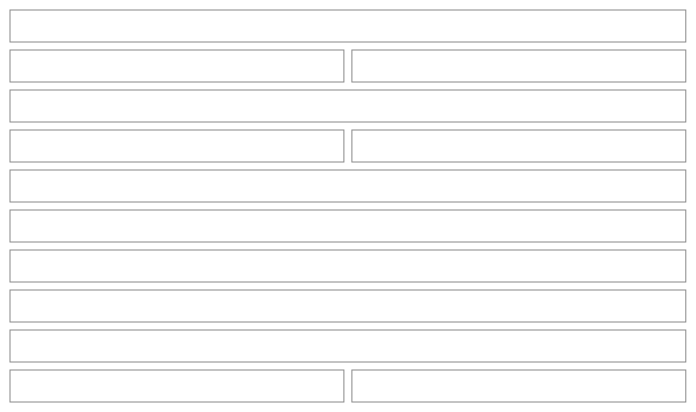
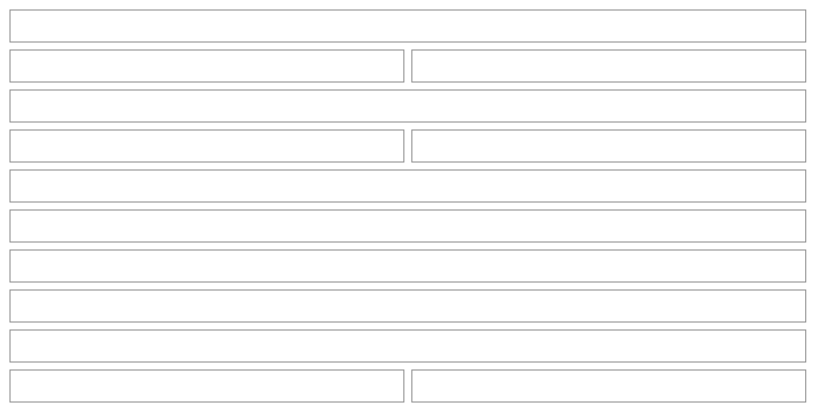
Before and after one commit to NovaMoonX/moondreams-dev-apps: diagram 32 of 57 in src/apps/pinch/UX.md, drawn with Mermaid. The commit also changed other lines of this file and 4 other files, not shown here.

````diff
--- a/src/apps/pinch/UX.md
+++ b/src/apps/pinch/UX.md
@@ -1084,31 +1084,31 @@
 ```mermaid
 %%{init: {'theme': 'base', 'themeVariables': {'primaryColor': 'transparent', 'primaryBorderColor': '#888888', 'primaryTextColor': '#333333', 'lineColor': '#888888'}}}%%
 block-beta
   columns 2
   K1["‹ Adobo chicken & 1 more                🎙 (only where the browser can listen)"]:2
   K1b["Adobo chicken  (dish card, on screen)"]:1
   K1c["Cilantro lime rice · Step 1 of 2"]:1
   K1n["📝 Oct 13: …Next time double the garlic  ⌄"]:2
   K4["Step 2 of 3  ▬▬▬▬───"]:1
   K3["☰ Ingredients"]:1
   K5["Simmer everything with the bay leaves and pepper, covered, for 25 minutes."]:2
   K6["⏲️ Timer · 25:00   ▶ Start"]:2
   K5b["For this step · Bay leaves 2 · Black pepper 1 tsp  (quieter tinted block)"]:2
-  K7v["Listening  (or Heard “next”, or Garlic: 6)            What to say  (only while voice is on, above the pills)"]:2
+  K7v["Say “next” or “how much garlic”  (or Heard “next”, or Garlic: 6)     What to say  (only while voice is on, above the pills)"]:2
   K7["12:41 Marinate the chicken · 4:59 Add the vinegar  (timers in the background; a tap shows one)"]:2
   K8["Back"]:1
   K9["Next"]:1
   style K1 fill:transparent,stroke:#888888,stroke-width:1px;
   style K1b fill:transparent,stroke:#888888,stroke-width:1px;
   style K1c fill:transparent,stroke:#888888,stroke-width:1px;
   style K1n fill:transparent,stroke:#888888,stroke-width:1px;
   style K3 fill:transparent,stroke:#888888,stroke-width:1px;
   style K4 fill:transparent,stroke:#888888,stroke-width:1px;
   style K5 fill:transparent,stroke:#888888,stroke-width:1px;
   style K5b fill:transparent,stroke:#888888,stroke-width:1px;
   style K6 fill:transparent,stroke:#888888,stroke-width:1px;
   style K7 fill:transparent,stroke:#888888,stroke-width:1px;
   style K7v fill:transparent,stroke:#888888,stroke-width:1px;
   style K8 fill:transparent,stroke:#888888,stroke-width:1px;
   style K9 fill:transparent,stroke:#888888,stroke-width:1px;
 ```
````
